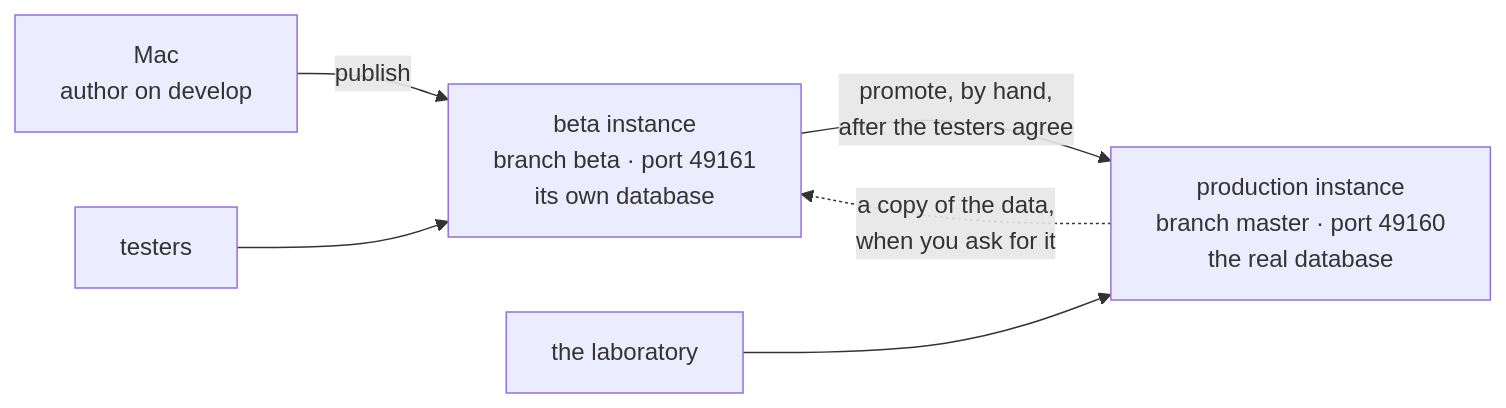
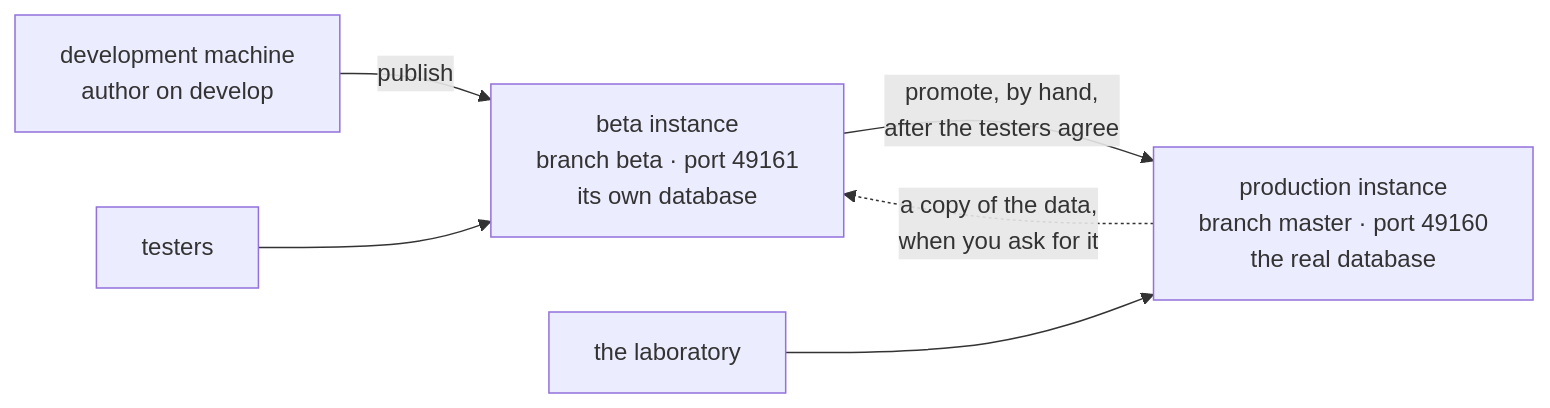
One commit to akannan2987/nr-nips-crucible changed the first of 2 diagrams in docs/14-beta-instance.md. Above: the diagram before and after it, drawn with Mermaid. The commit also changed other lines of this file and 53 other files, not shown here.

First line of the commit message:
Name the development machine by its role, not its operating system

````diff
--- a/docs/14-beta-instance.md
+++ b/docs/14-beta-instance.md
@@ -58,8 +58,8 @@
 ```mermaid
 flowchart LR
-    M["Mac<br/>author on develop"] -- "publish" --> B["beta instance<br/>branch beta · port 49161<br/>its own database"]
+    M["development machine<br/>author on develop"] -- "publish" --> B["beta instance<br/>branch beta · port 49161<br/>its own database"]
     B -- "promote, by hand,<br/>after the testers agree" --> P["production instance<br/>branch master · port 49160<br/>the real database"]
     P -. "a copy of the data,<br/>when you ask for it" .-> B
     T["testers"] --> B
     L["the laboratory"] --> P
 ```
````
